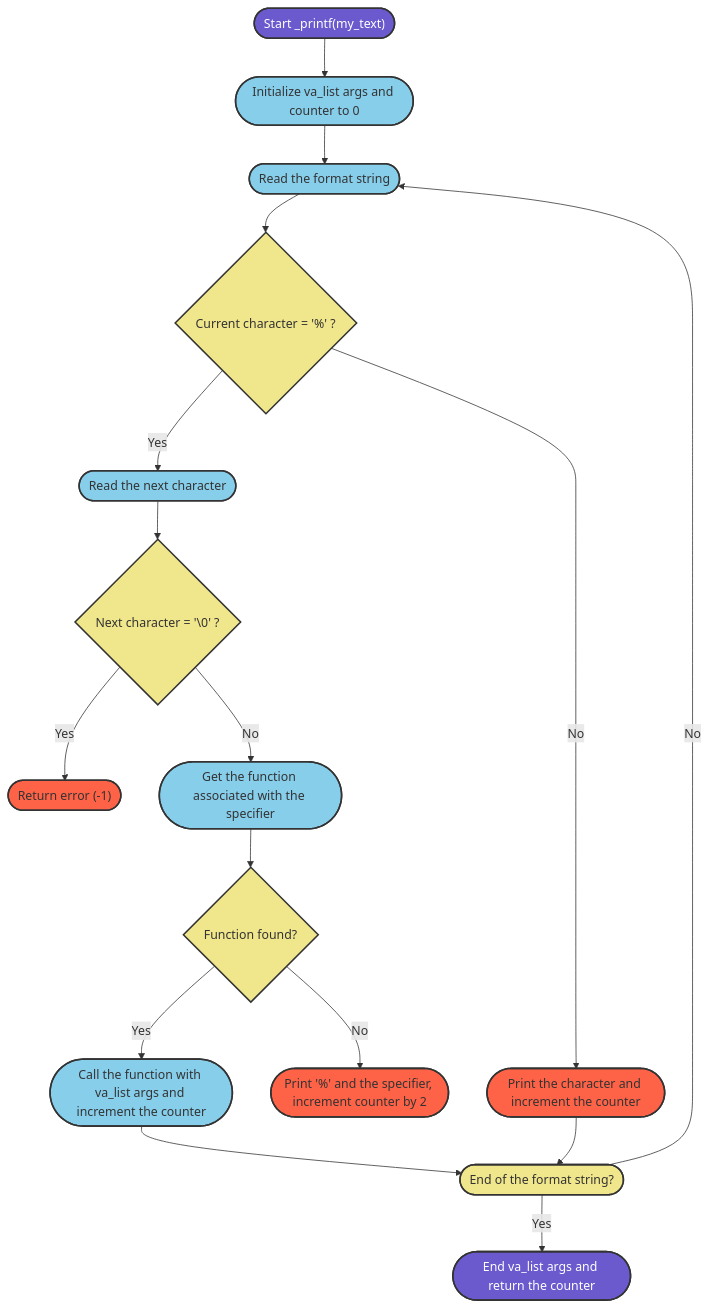
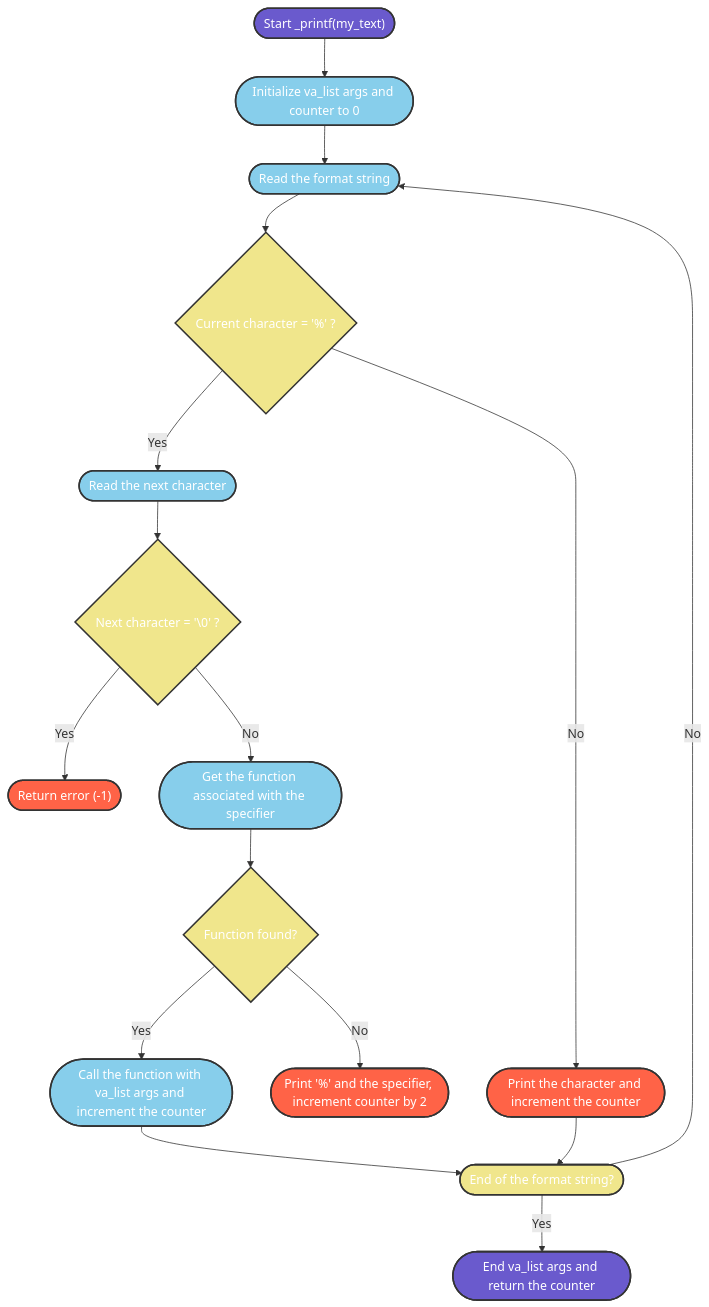
The diagram in README.md (Basco64/holbertonschool-printf), drawn with Mermaid before and after one commit.

Commit message:
Update Color README.md

````diff
--- a/README.md
+++ b/README.md
@@ -48,33 +48,33 @@
 ```mermaid
 graph TB
 A(["Start _printf(my_text)"]) --> B([Initialize va_list args and counter to 0])
 B --> C([Read the format string])
 C --> D{"Current character = '%' ?"}
 D -- No --> E([Print the character and increment the counter])
 D -- Yes --> F([Read the next character])
 F --> G{"Next character = '\0' ?"}
 G -- Yes --> H(["Return error (-1)"])
 G -- No --> I([Get the function associated with the specifier])
 I --> J{Function found?}
 J -- No --> K(["Print '%' and the specifier, increment counter by 2"])
 J -- Yes --> L([Call the function with va_list args and increment the counter])
 L --> M([End of the format string?])
 E --> M
 M -- Yes --> N([End va_list args and return the counter])
 M -- No --> C
 
 style A fill:#6A5ACD,stroke:#333,stroke-width:2px,color:white
-style B fill:#87CEEB,stroke:#333,stroke-width:2px
-style C fill:#87CEEB,stroke:#333,stroke-width:2px
-style D fill:#F0E68C,stroke:#333,stroke-width:2px
-style E fill:#FF6347,stroke:#333,stroke-width:2px
-style F fill:#87CEEB,stroke:#333,stroke-width:2px
-style G fill:#F0E68C,stroke:#333,stroke-width:2px
-style H fill:#FF6347,stroke:#333,stroke-width:2px
-style I fill:#87CEEB,stroke:#333,stroke-width:2px
-style J fill:#F0E68C,stroke:#333,stroke-width:2px
-style K fill:#FF6347,stroke:#333,stroke-width:2px
-style L fill:#87CEEB,stroke:#333,stroke-width:2px
-style M fill:#F0E68C,stroke:#333,stroke-width:2px
+style B fill:#87CEEB,stroke:#333,stroke-width:2px,color:white
+style C fill:#87CEEB,stroke:#333,stroke-width:2px,color:white
+style D fill:#F0E68C,stroke:#333,stroke-width:2px,color:white
+style E fill:#FF6347,stroke:#333,stroke-width:2px,color:white
+style F fill:#87CEEB,stroke:#333,stroke-width:2px,color:white
+style G fill:#F0E68C,stroke:#333,stroke-width:2px,color:white
+style H fill:#FF6347,stroke:#333,stroke-width:2px,color:white
+style I fill:#87CEEB,stroke:#333,stroke-width:2px,color:white
+style J fill:#F0E68C,stroke:#333,stroke-width:2px,color:white
+style K fill:#FF6347,stroke:#333,stroke-width:2px,color:white
+style L fill:#87CEEB,stroke:#333,stroke-width:2px,color:white
+style M fill:#F0E68C,stroke:#333,stroke-width:2px,color:white
 style N fill:#6A5ACD,stroke:#333,stroke-width:2px,color:white
 ```
````
